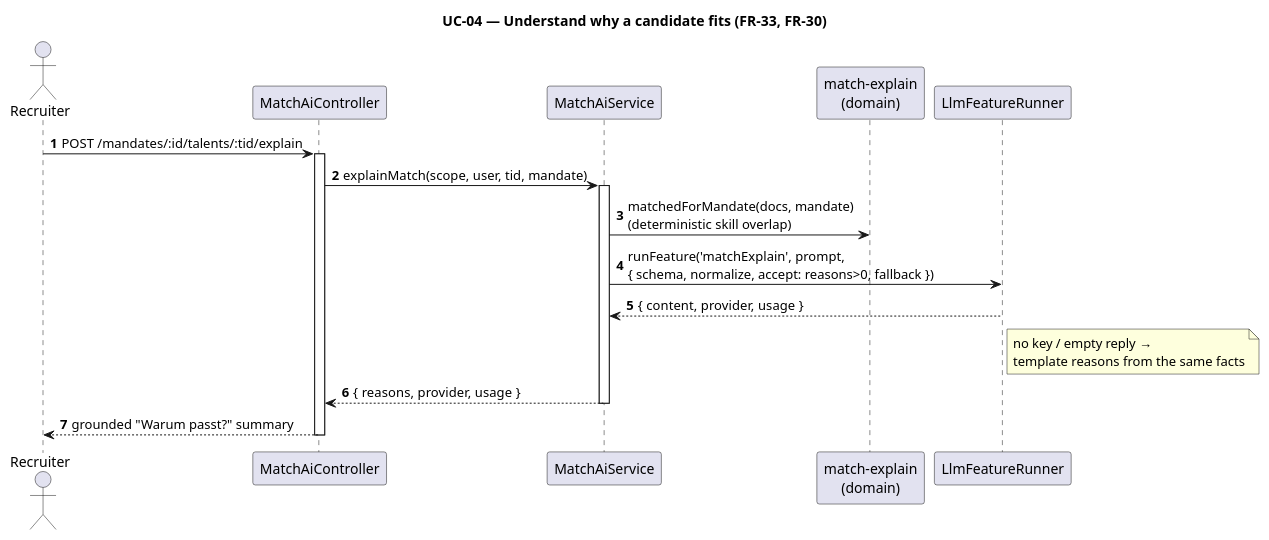
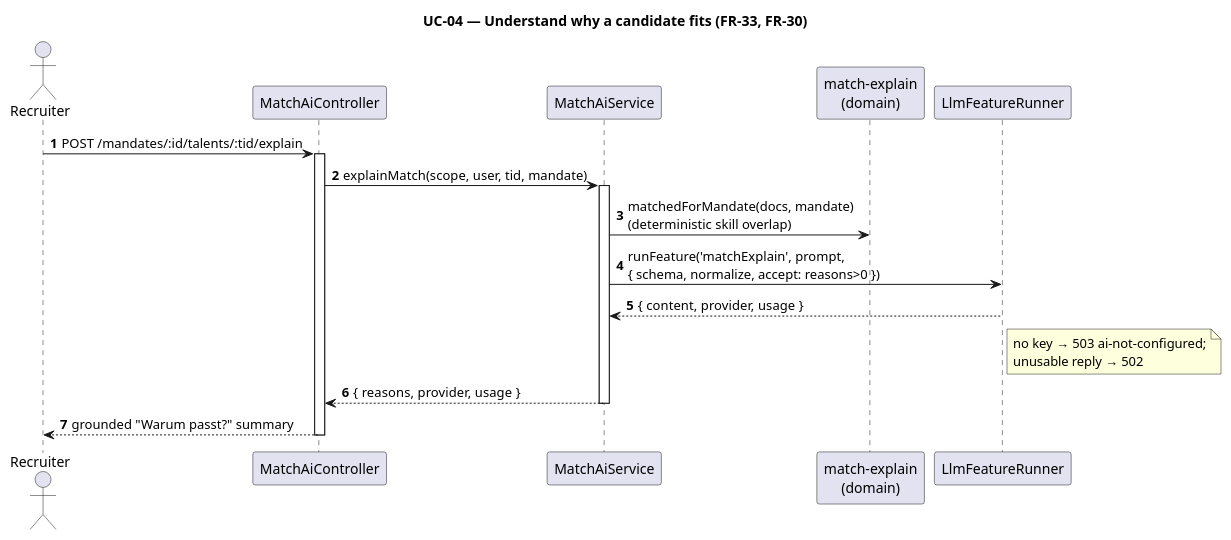
The diagram in docs/umls/usecases/uc04_why_fits.puml (NexusHero/Resume), drawn with PlantUML before and after one commit. The commit also changed 175 other files, not shown here.

```diff
--- a/docs/umls/usecases/uc04_why_fits.puml
+++ b/docs/umls/usecases/uc04_why_fits.puml
@@ -1,24 +1,24 @@
 @startuml uc04_why_fits
 title UC-04 — Understand why a candidate fits (FR-33, FR-30)
 
 skinparam shadowing false
 autonumber
 actor Recruiter
 participant MatchAiController as Ctrl
 participant MatchAiService as Svc
 participant "match-explain\n(domain)" as Dom
 participant LlmFeatureRunner as Runner
 
 Recruiter -> Ctrl : POST /mandates/:id/talents/:tid/explain
 activate Ctrl
 Ctrl -> Svc : explainMatch(scope, user, tid, mandate)
 activate Svc
 Svc -> Dom : matchedForMandate(docs, mandate)\n(deterministic skill overlap)
-Svc -> Runner : runFeature('matchExplain', prompt,\n{ schema, normalize, accept: reasons>0, fallback })
+Svc -> Runner : runFeature('matchExplain', prompt,\n{ schema, normalize, accept: reasons>0 })
 Runner --> Svc : { content, provider, usage }
-note right of Runner : no key / empty reply →\ntemplate reasons from the same facts
+note right of Runner : no key → 503 ai-not-configured;\nunusable reply → 502
 Svc --> Ctrl : { reasons, provider, usage }
 deactivate Svc
 Ctrl --> Recruiter : grounded "Warum passt?" summary
 deactivate Ctrl
 @enduml
```
